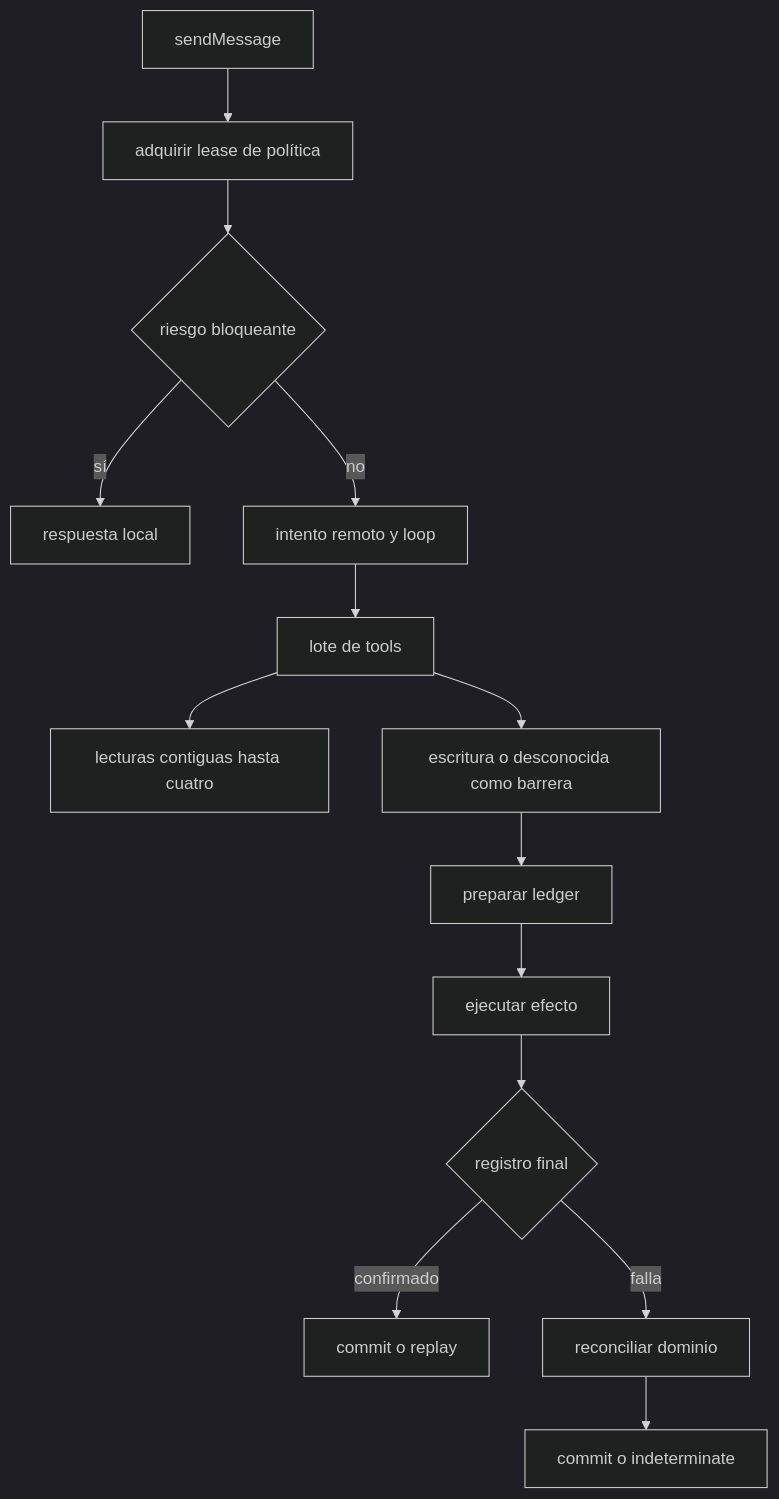
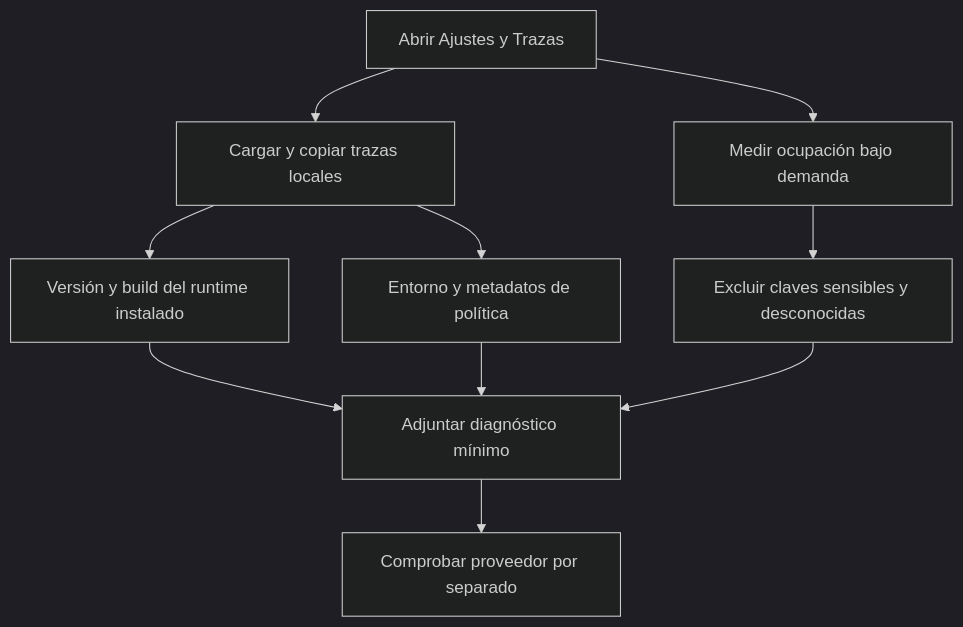
One commit to maximofn/gymnasia changed the diagram in openwiki/operations/runtime-behavior.md. Above: the diagram before and after it, drawn with Mermaid (dark theme). The commit also changed other lines of this file and 21 other files, not shown here.

````diff
--- a/openwiki/operations/runtime-behavior.md
+++ b/openwiki/operations/runtime-behavior.md
@@ -56,16 +43,12 @@
 ```mermaid
 flowchart TD
-  Send["sendMessage"] --> Lease["adquirir lease de política"]
-  Lease --> Risk{"riesgo bloqueante"}
-  Risk -->|sí| Local["respuesta local"]
-  Risk -->|no| Remote["intento remoto y loop"]
-  Remote --> Batch["lote de tools"]
-  Batch --> Reads["lecturas contiguas hasta cuatro"]
-  Batch --> Barrier["escritura o desconocida como barrera"]
-  Barrier --> Prepare["preparar ledger"]
-  Prepare --> Effect["ejecutar efecto"]
-  Effect --> Record{"registro final"}
-  Record -->|confirmado| Replay["commit o replay"]
-  Record -->|falla| Reconcile["reconciliar dominio"]
-  Reconcile --> Safe["commit o indeterminate"]
+  Start["Abrir Ajustes y Trazas"] --> Trace["Cargar y copiar trazas locales"]
+  Start --> Storage["Medir ocupación bajo demanda"]
+  Trace --> Version["Versión y build del runtime instalado"]
+  Trace --> Context["Entorno y metadatos de política"]
+  Storage --> Privacy["Excluir claves sensibles y desconocidas"]
+  Version --> Triage["Adjuntar diagnóstico mínimo"]
+  Context --> Triage
+  Privacy --> Triage
+  Triage --> Remote["Comprobar proveedor por separado"]
 ```
````
